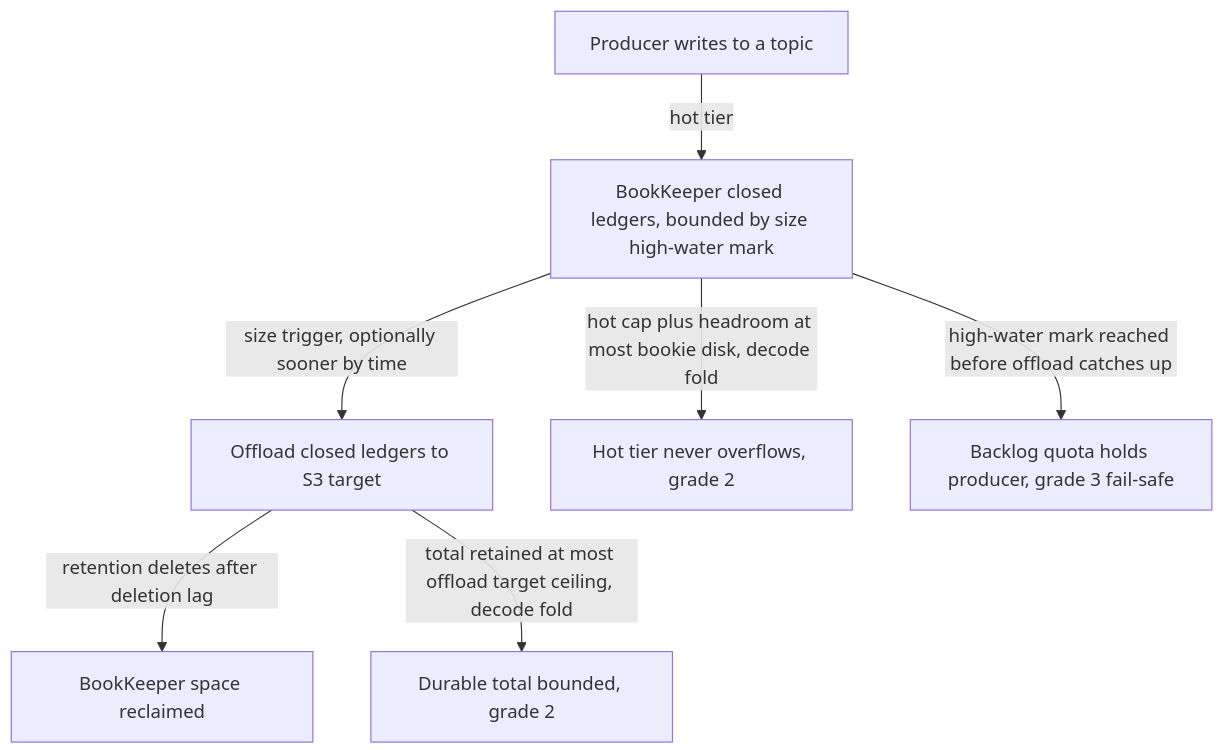
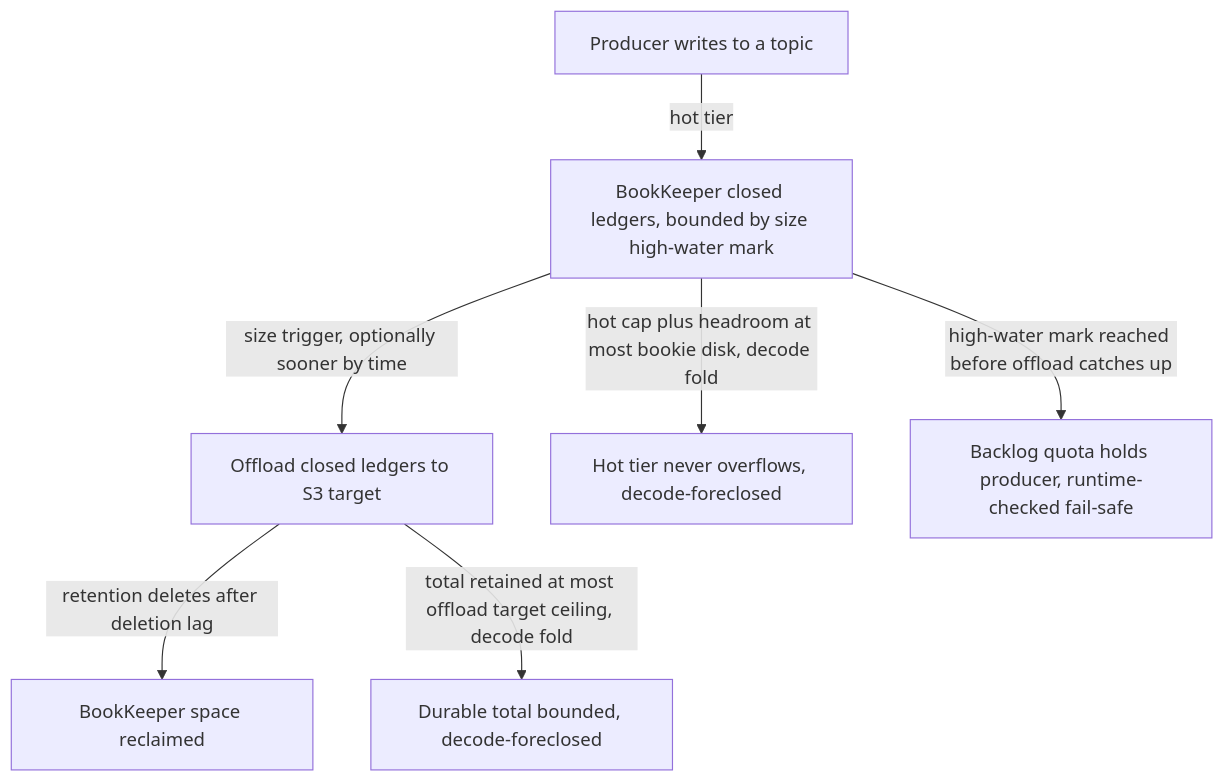
Before and after one commit to Tuee22/amoebius: the fourth of 4 diagrams in documents/engineering/pulsar_client_doctrine.md, drawn with Mermaid. The commit also changed other lines of this file and 33 other files, not shown here.

````diff
--- a/documents/engineering/pulsar_client_doctrine.md
+++ b/documents/engineering/pulsar_client_doctrine.md
@@ -370,9 +370,9 @@
 ```mermaid
 flowchart TD
   produce[Producer writes to a topic] -->|hot tier| bk[BookKeeper closed ledgers, bounded by size high-water mark]
   bk -->|size trigger, optionally sooner by time| offload[Offload closed ledgers to S3 target]
   offload -->|retention deletes after deletion lag| free[BookKeeper space reclaimed]
-  bk -->|hot cap plus headroom at most bookie disk, decode fold| avail[Hot tier never overflows, grade 2]
-  offload -->|total retained at most offload target ceiling, decode fold| durable[Durable total bounded, grade 2]
-  bk -->|high-water mark reached before offload catches up| hold[Backlog quota holds producer, grade 3 fail-safe]
+  bk -->|hot cap plus headroom at most bookie disk, decode fold| avail[Hot tier never overflows, decode-foreclosed]
+  offload -->|total retained at most offload target ceiling, decode fold| durable[Durable total bounded, decode-foreclosed]
+  bk -->|high-water mark reached before offload catches up| hold[Backlog quota holds producer, runtime-checked fail-safe]
 ```
````
